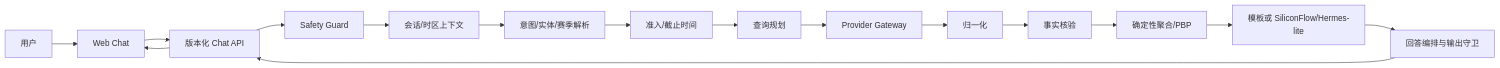
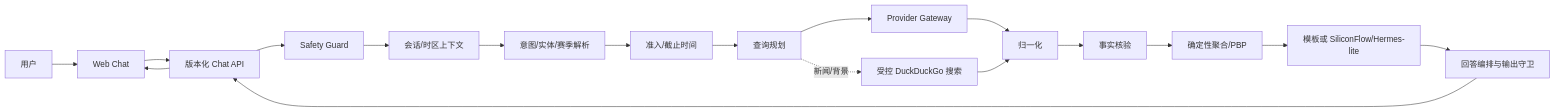
One commit to vchive/NBAAgent changed the diagram in docs/solution.md. Above: the diagram before and after it, drawn with Mermaid. The commit also changed other lines of this file and 31 other files, not shown here.

````diff
--- a/docs/solution.md
+++ b/docs/solution.md
@@ -62,18 +64,20 @@
 ```mermaid
 flowchart LR
   U[用户] --> UI[Web Chat]
   UI --> API[版本化 Chat API]
   API --> SG[Safety Guard]
   SG --> CTX[会话/时区上下文]
   CTX --> PARSE[意图/实体/赛季解析]
   PARSE --> ADM[准入/截止时间]
   ADM --> PLAN[查询规划]
   PLAN --> PG[Provider Gateway]
+  PLAN -. 新闻/背景 .-> SEARCH[受控 DuckDuckGo 搜索]
   PG --> NORM[归一化]
+  SEARCH --> NORM
   NORM --> VERIFY[事实核验]
   VERIFY --> DERIVE[确定性聚合/PBP]
   DERIVE --> SELECT[模板或 SiliconFlow/Hermes-lite]
   SELECT --> COMPOSE[回答编排与输出守卫]
   COMPOSE --> API
   API --> UI
 ```
````
